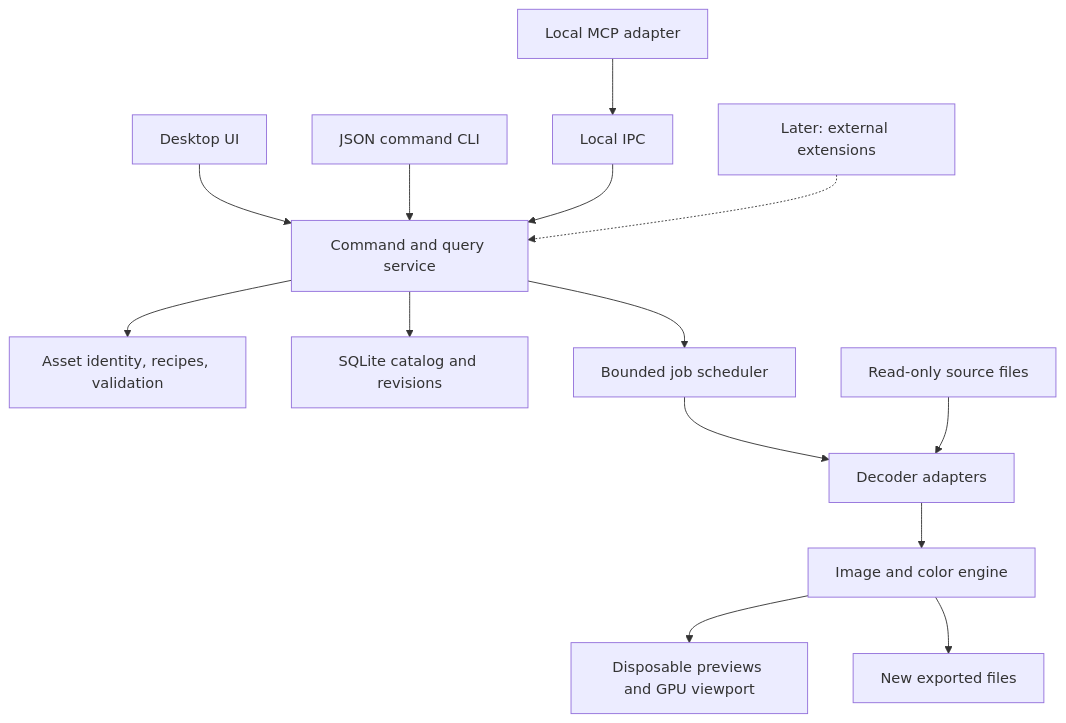
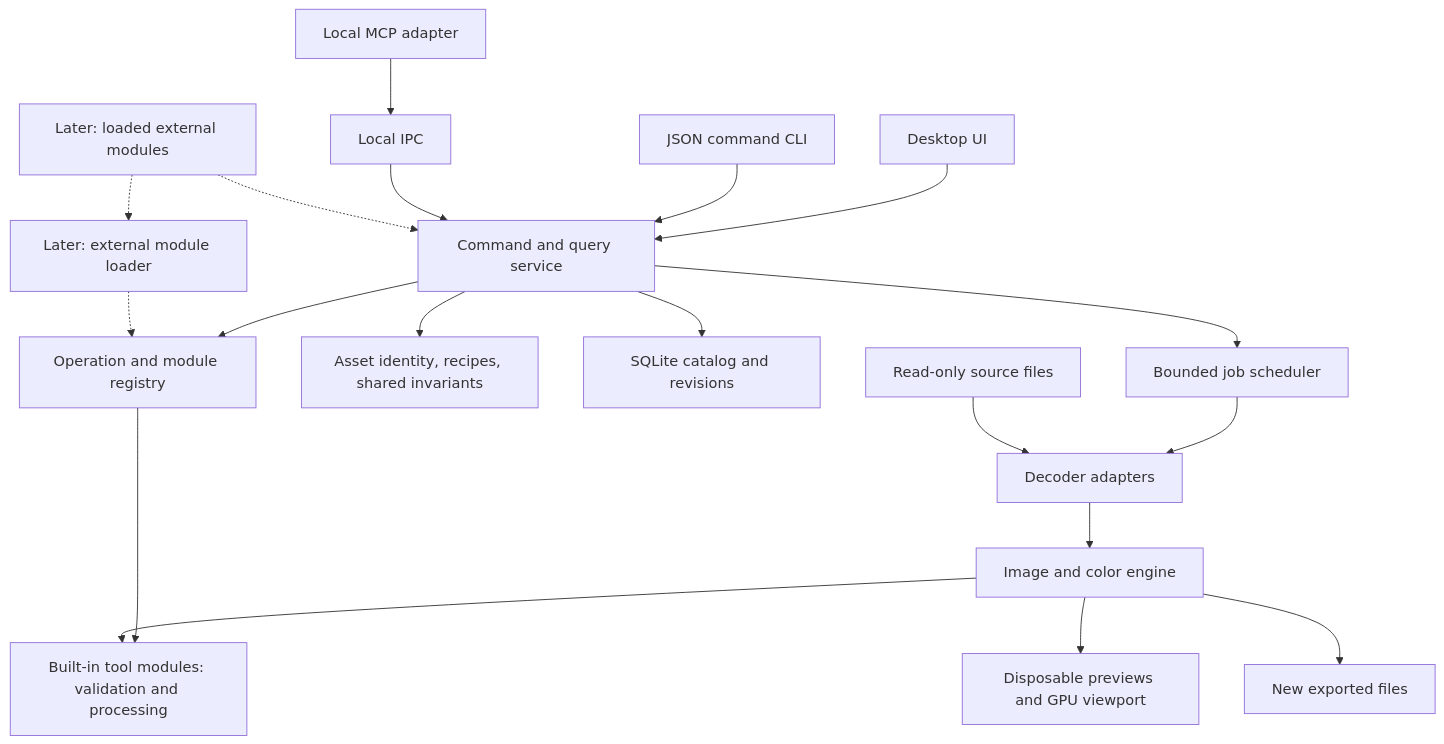
One commit to Willyham/lightwell changed the diagram in docs/design/architecture.md. Above: the diagram before and after it, drawn with Mermaid. The commit also changed other lines of this file and 39 other files, not shown here.

````diff
--- a/docs/design/architecture.md
+++ b/docs/design/architecture.md
@@ -11,16 +11,21 @@
 ```mermaid
 flowchart TD
     UI[Desktop UI] --> Service[Command and query service]
     CLI[JSON command CLI] --> Service
     MCP[Local MCP adapter] --> IPC[Local IPC]
     IPC --> Service
-    Service --> Domain[Asset identity, recipes, validation]
+    Service --> Registry[Operation and module registry]
+    Registry --> Modules[Built-in tool modules: validation and processing]
+    Service --> Domain[Asset identity, recipes, shared invariants]
     Service --> Catalog[SQLite catalog and revisions]
     Service --> Jobs[Bounded job scheduler]
     Jobs --> Decode[Decoder adapters]
     Decode --> Engine[Image and color engine]
+    Engine --> Modules
     Engine --> Preview[Disposable previews and GPU viewport]
     Engine --> Export[New exported files]
     Files[Read-only source files] --> Decode
-    Ext[Later: external extensions] -.-> Service
+    Host[Later: external module loader] -.-> Registry
+    Ext[Later: loaded external modules] -.-> Host
+    Ext -.-> Service
 ```
````
